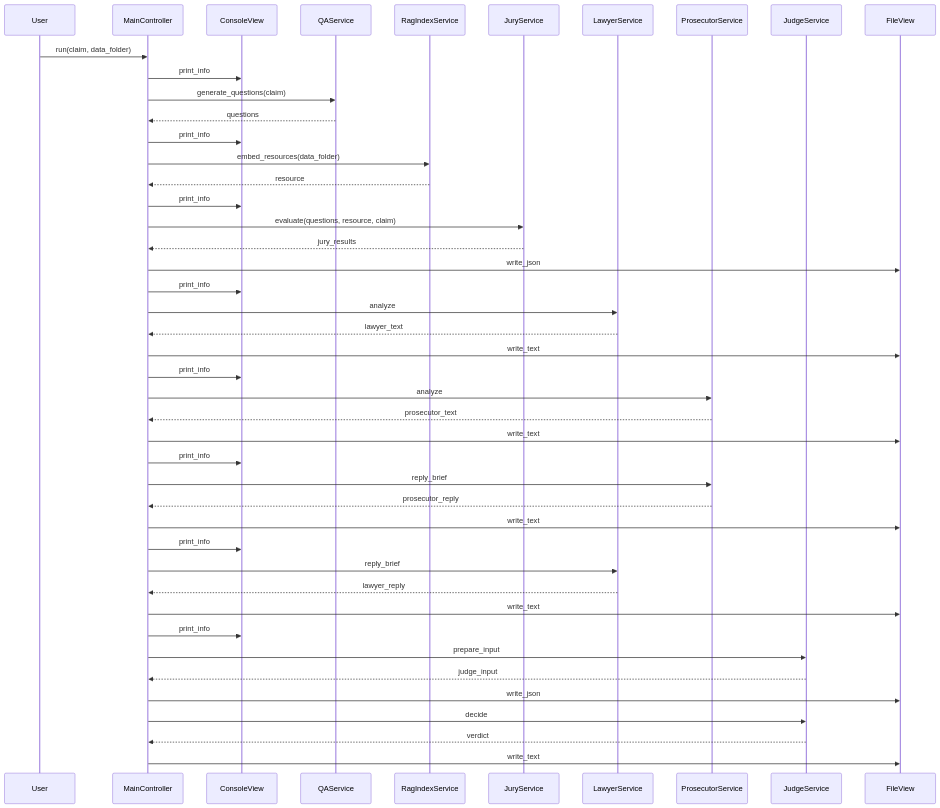
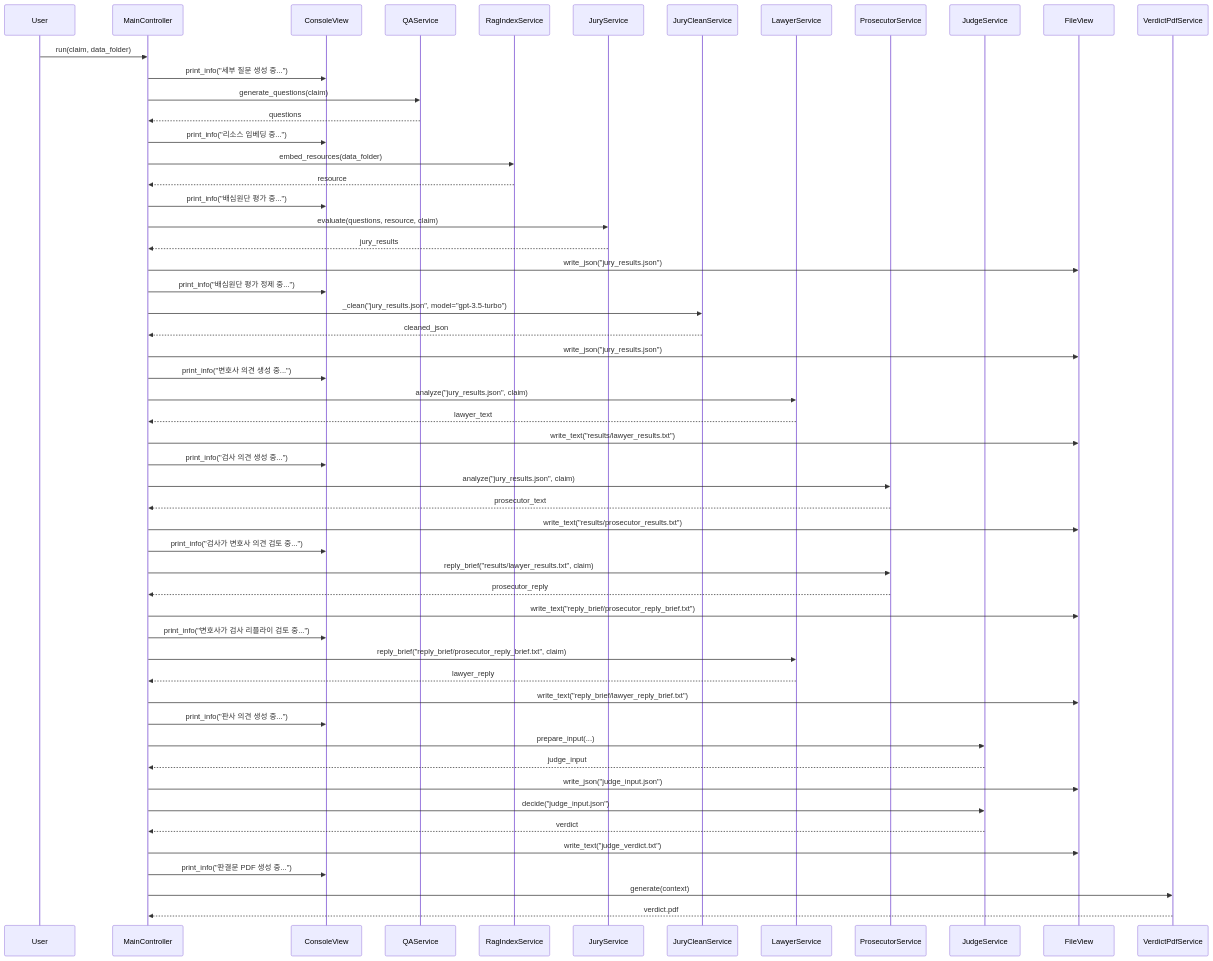
Before and after one commit to Aiden-Kwak/ClimateJudgeLLM-refact-: the diagram in README.md, drawn with Mermaid. The commit also changed other lines of this file and 2 other files, not shown here.

Commit message:
docs(README): edit uml, flow, folder structure

````diff
--- a/README.md
+++ b/README.md
@@ -105,57 +123,67 @@
 ```mermaid
-
 sequenceDiagram
     participant User
     participant MainController
     participant ConsoleView
     participant QAService
     participant RagIndexService
     participant JuryService
+    participant JuryCleanService
     participant LawyerService
     participant ProsecutorService
     participant JudgeService
     participant FileView
 
     User->>MainController: run(claim, data_folder)
-    MainController->>ConsoleView: print_info
+    MainController->>ConsoleView: print_info("세부 질문 생성 중...")
     MainController->>QAService: generate_questions(claim)
     QAService-->>MainController: questions
 
-    MainController->>ConsoleView: print_info
+    MainController->>ConsoleView: print_info("리소스 임베딩 중...")
     MainController->>RagIndexService: embed_resources(data_folder)
     RagIndexService-->>MainController: resource
 
-    MainController->>ConsoleView: print_info
+    MainController->>ConsoleView: print_info("배심원단 평가 중...")
     MainController->>JuryService: evaluate(questions, resource, claim)
     JuryService-->>MainController: jury_results
-    MainController->>FileView: write_json
+    MainController->>FileView: write_json("jury_results.json")
 
-    MainController->>ConsoleView: print_info
-    MainController->>LawyerService: analyze
+    MainController->>ConsoleView: print_info("배심원단 평가 정제 중...")
+    MainController->>JuryCleanService: _clean("jury_results.json", model="gpt-3.5-turbo")
+    JuryCleanService-->>MainController: cleaned_json
+    MainController->>FileView: write_json("jury_results.json")
+
+    MainController->>ConsoleView: print_info("변호사 의견 생성 중...")
+    MainController->>LawyerService: analyze("jury_results.json", claim)
     LawyerService-->>MainController: lawyer_text
-    MainController->>FileView: write_text
+    MainController->>FileView: write_text("results/lawyer_results.txt")
 
-    MainController->>ConsoleView: print_info
-    MainController->>ProsecutorService: analyze
+    MainController->>ConsoleView: print_info("검사 의견 생성 중...")
+    MainController->>ProsecutorService: analyze("jury_results.json", claim)
     ProsecutorService-->>MainController: prosecutor_text
-    MainController->>FileView: write_text
+    MainController->>FileView: write_text("results/prosecutor_results.txt")
 
-    MainController->>ConsoleView: print_info
-    MainController->>ProsecutorService: reply_brief
+    MainController->>ConsoleView: print_info("검사가 변호사 의견 검토 중...")
+    MainController->>ProsecutorService: reply_brief("results/lawyer_results.txt", claim)
     ProsecutorService-->>MainController: prosecutor_reply
-    MainController->>FileView: write_text
+    MainController->>FileView: write_text("reply_brief/prosecutor_reply_brief.txt")
 
-    MainController->>ConsoleView: print_info
-    MainController->>LawyerService: reply_brief
+    MainController->>ConsoleView: print_info("변호사가 검사 리플라이 검토 중...")
+    MainController->>LawyerService: reply_brief("reply_brief/prosecutor_reply_brief.txt", claim)
     LawyerService-->>MainController: lawyer_reply
-    MainController->>FileView: write_text
+    MainController->>FileView: write_text("reply_brief/lawyer_reply_brief.txt")
 
-    MainController->>ConsoleView: print_info
-    MainController->>JudgeService: prepare_input
+    MainController->>ConsoleView: print_info("판사 의견 생성 중...")
+    MainController->>JudgeService: prepare_input(...)
     JudgeService-->>MainController: judge_input
-    MainController->>FileView: write_json
+    MainController->>FileView: write_json("judge_input.json")
 
-    MainController->>JudgeService: decide
+    MainController->>JudgeService: decide("judge_input.json")
     JudgeService-->>MainController: verdict
-    MainController->>FileView: write_text
+    MainController->>FileView: write_text("judge_verdict.txt")
+
+    MainController->>ConsoleView: print_info("판결문 PDF 생성 중...")
+    MainController->>VerdictPdfService: generate(context)
+    VerdictPdfService-->>MainController: verdict.pdf
+
 ```
````
